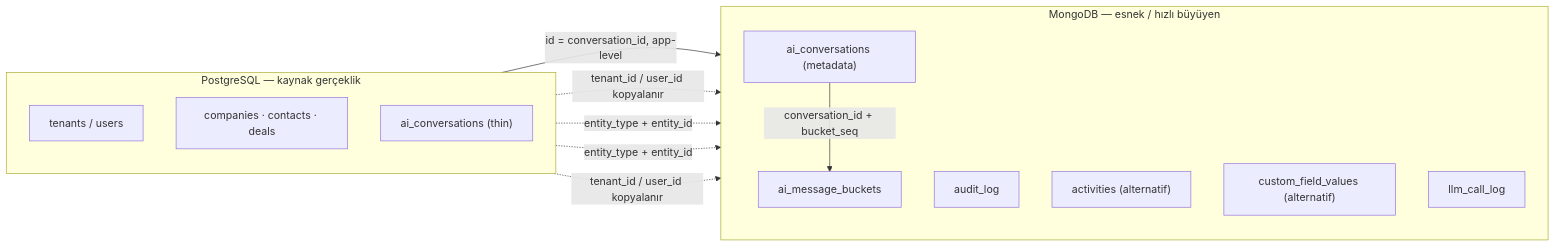
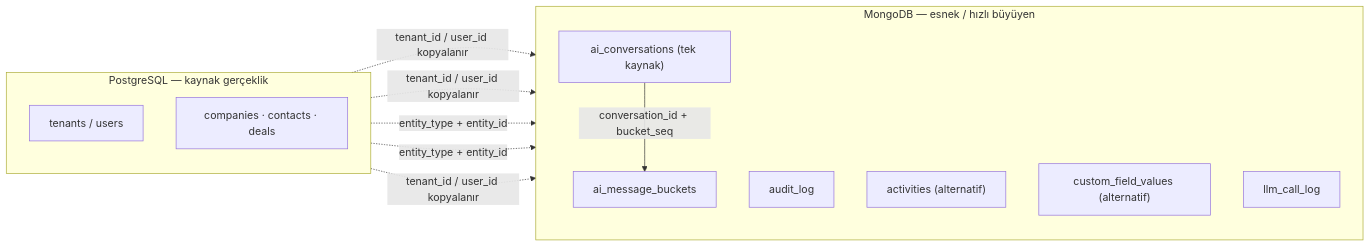
The second of 3 diagrams in docs/relationships.md (yusufkrnz/databaseschema), drawn with Mermaid before and after one commit. The commit also changed other lines of this file and 19 other files, not shown here.

````diff
--- a/docs/relationships.md
+++ b/docs/relationships.md
@@ -49,26 +48,25 @@
 ```mermaid
 flowchart LR
   subgraph PG["PostgreSQL — kaynak gerçeklik"]
     direction TB
     T["tenants / users"]
     C["companies · contacts · deals"]
-    AC["ai_conversations (thin)"]
   end
 
   subgraph MG["MongoDB — esnek / hızlı büyüyen"]
     direction TB
-    M1["ai_conversations (metadata)"]
+    M1["ai_conversations (tek kaynak)"]
     M2["ai_message_buckets"]
     M3["audit_log"]
     M4["activities (alternatif)"]
     M5["custom_field_values (alternatif)"]
     M6["llm_call_log"]
   end
 
-  AC -- "id = conversation_id, app-level" --> M1
   M1 -- "conversation_id + bucket_seq" --> M2
+  T -. "tenant_id / user_id kopyalanır" .-> M1
   T -. "tenant_id / user_id kopyalanır" .-> M3
   C -. "entity_type + entity_id" .-> M4
   C -. "entity_type + entity_id" .-> M5
   T -. "tenant_id / user_id kopyalanır" .-> M6
 ```
````
